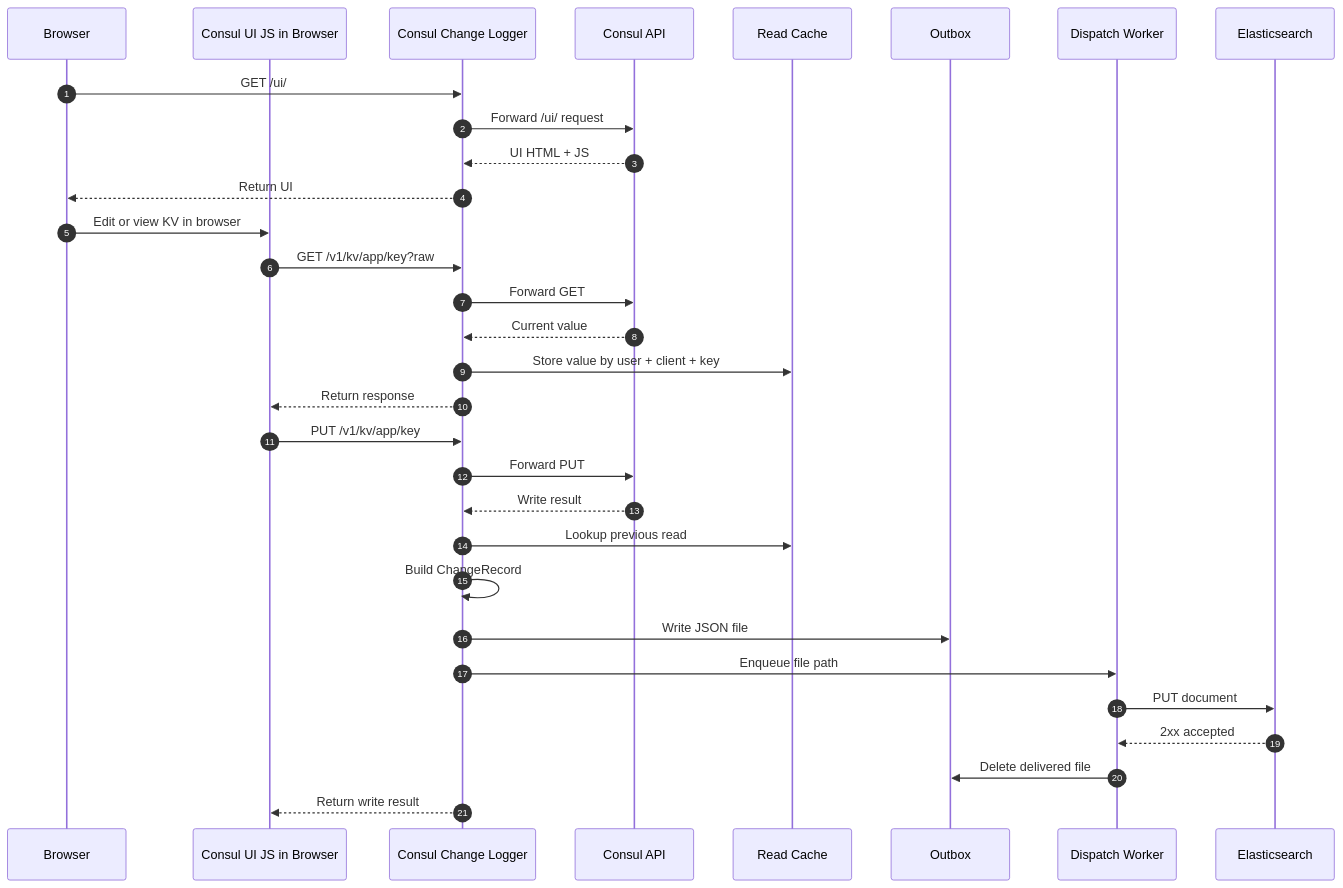
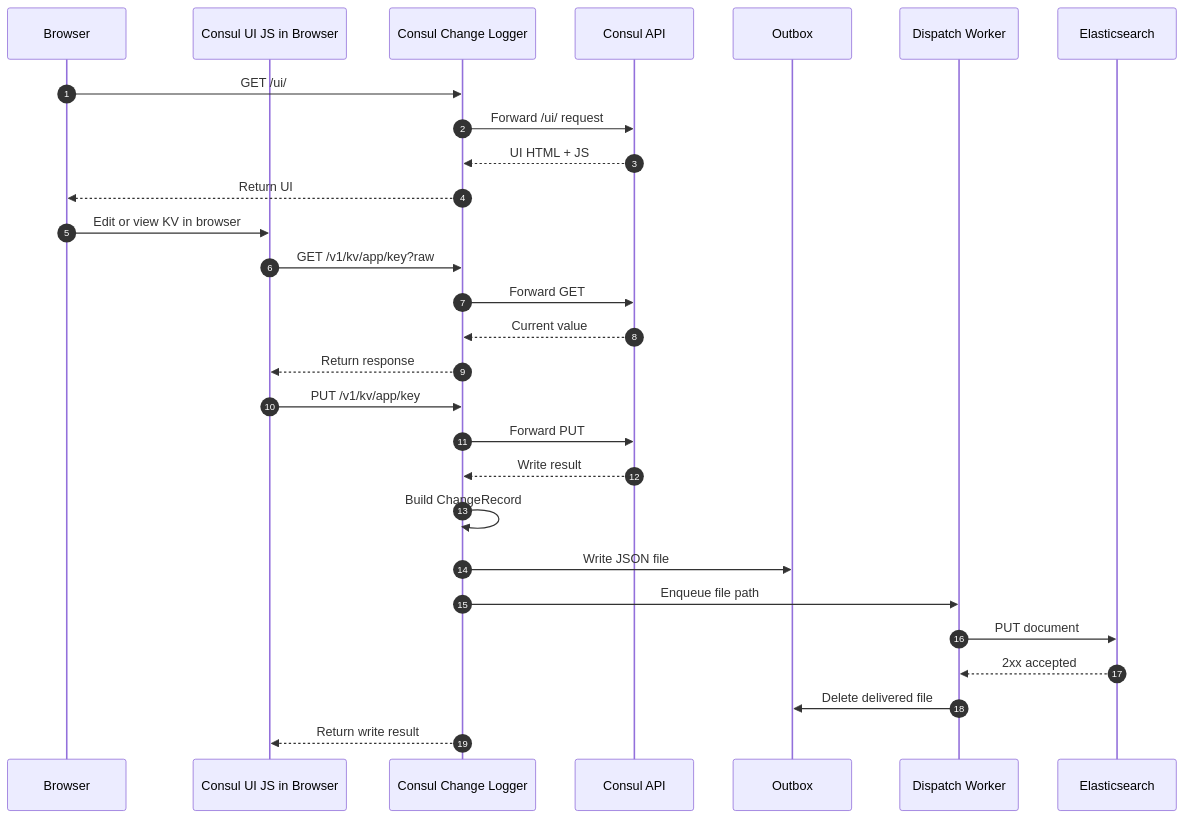
Before and after one commit to sinanakyazici/ConsulChangeLogger: the second of 3 diagrams in docs/architecture.md, drawn with Mermaid. The commit also changed other lines of this file and 9 other files, not shown here.

Commit message:
Remove read cache from audit pipeline

````diff
--- a/docs/architecture.md
+++ b/docs/architecture.md
@@ -102,36 +100,33 @@
 ```mermaid
 sequenceDiagram
     autonumber
     participant User as Browser
     participant UI as Consul UI JS in Browser
     participant Proxy as Consul Change Logger
     participant Consul as Consul API
-    participant Cache as Read Cache
     participant Outbox as Outbox
     participant Worker as Dispatch Worker
     participant ES as Elasticsearch
 
     User->>Proxy: GET /ui/
     Proxy->>Consul: Forward /ui/ request
     Consul-->>Proxy: UI HTML + JS
     Proxy-->>User: Return UI
 
     User->>UI: Edit or view KV in browser
     UI->>Proxy: GET /v1/kv/app/key?raw
     Proxy->>Consul: Forward GET
     Consul-->>Proxy: Current value
-    Proxy->>Cache: Store value by user + client + key
     Proxy-->>UI: Return response
 
     UI->>Proxy: PUT /v1/kv/app/key
     Proxy->>Consul: Forward PUT
     Consul-->>Proxy: Write result
-    Proxy->>Cache: Lookup previous read
     Proxy->>Proxy: Build ChangeRecord
     Proxy->>Outbox: Write JSON file
     Proxy->>Worker: Enqueue file path
     Worker->>ES: PUT document
     ES-->>Worker: 2xx accepted
     Worker->>Outbox: Delete delivered file
     Proxy-->>UI: Return write result
 ```
````
